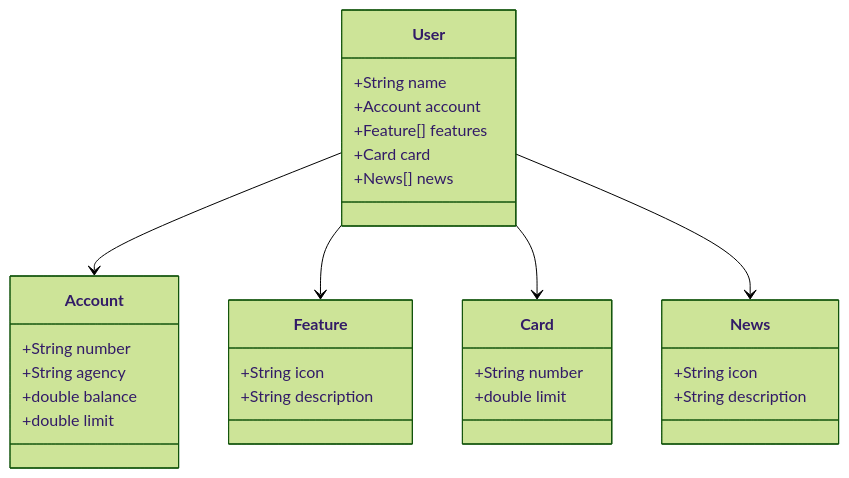
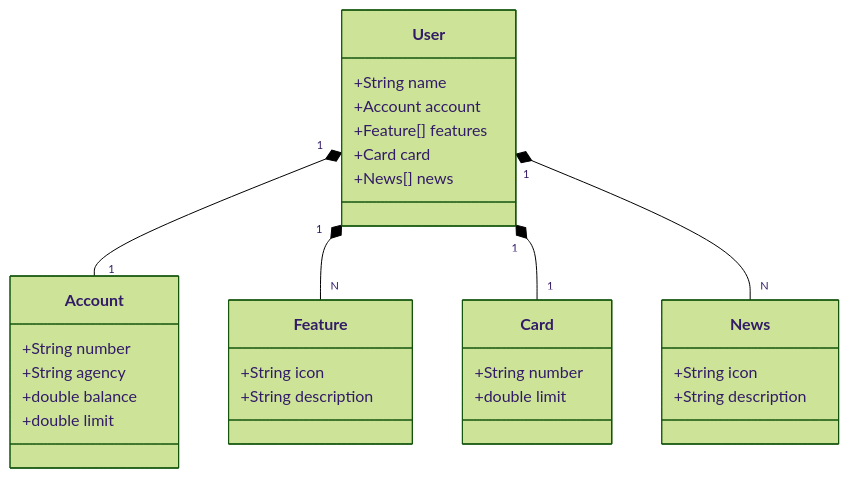
One commit to davi-p-oliveira-11/spring-boot-santander-dev-week changed the diagram in README.md. Above: the diagram before and after it, drawn with Mermaid (forest theme).

Commit message:
updated class diagram

````diff
--- a/README.md
+++ b/README.md
@@ -5,37 +5,37 @@
 ```mermaid
 classDiagram
     class User {
         +String name
         +Account account
         +Feature[] features
         +Card card
         +News[] news
     }
 
     class Account {
         +String number
         +String agency
         +double balance
         +double limit
     }
 
     class Feature {
         +String icon
         +String description
     }
 
     class Card {
         +String number
         +double limit
     }
 
     class News {
         +String icon
         +String description
     }
 
-    User --> Account
-    User --> Feature
-    User --> Card
-    User --> News
+    User "1" *-- "1" Account
+    User "1" *-- "N" Feature
+    User "1" *-- "1" Card
+    User "1" *-- "N" News
 ```
````
